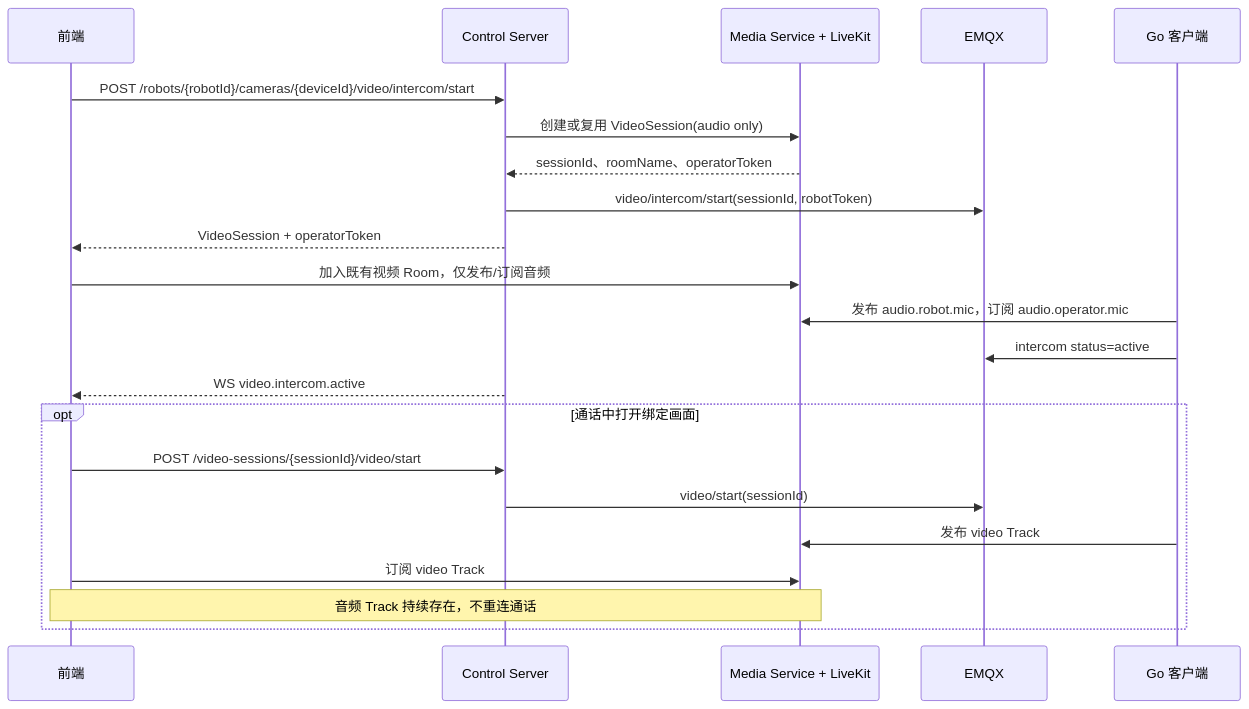
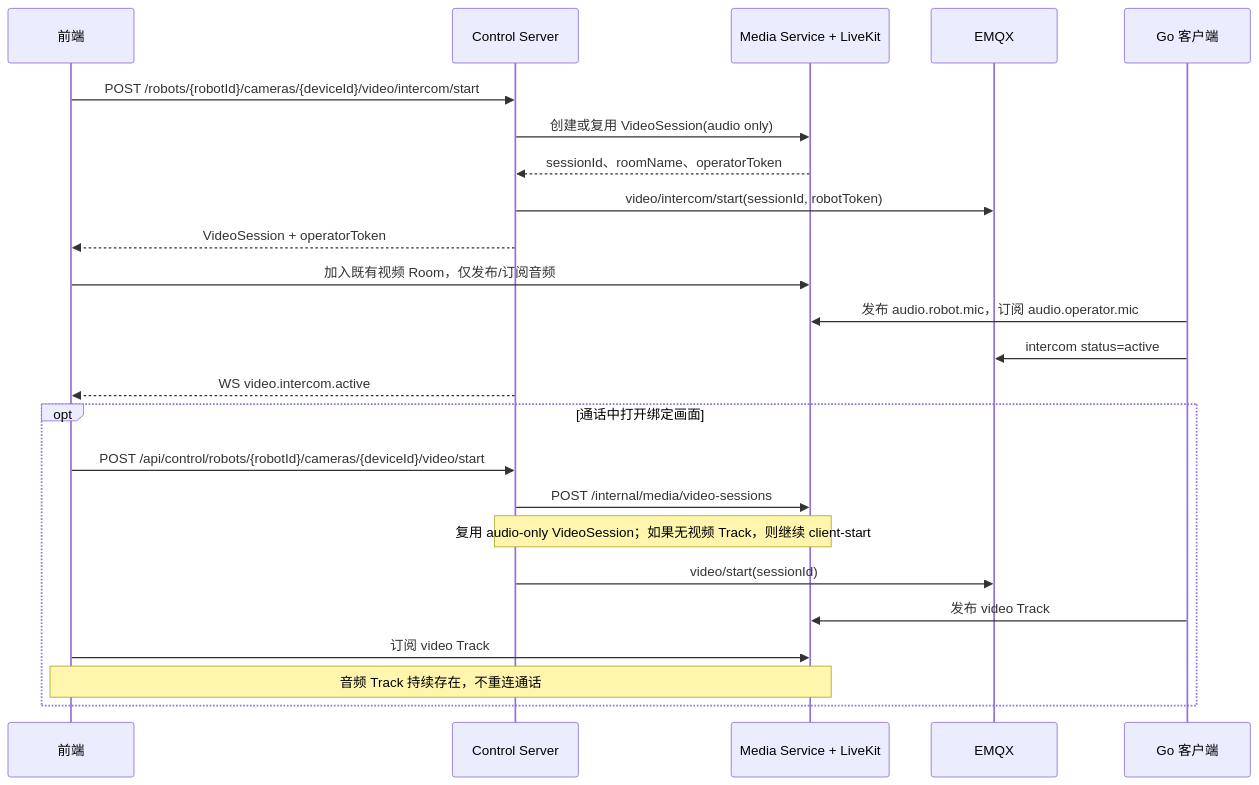
One commit to waleelay/robot changed the second of 2 diagrams in docs/实时视频绑定对讲设计.md. Above: the diagram before and after it, drawn with Mermaid. The commit also changed other lines of this file and 53 other files, not shown here.

````diff
--- a/docs/实时视频绑定对讲设计.md
+++ b/docs/实时视频绑定对讲设计.md
@@ -140,26 +140,28 @@
 ```mermaid
 sequenceDiagram
     participant FE as 前端
     participant CS as Control Server
     participant ML as Media Service + LiveKit
     participant MQ as EMQX
     participant GO as Go 客户端
 
     FE->>CS: POST /robots/{robotId}/cameras/{deviceId}/video/intercom/start
     CS->>ML: 创建或复用 VideoSession(audio only)
     ML-->>CS: sessionId、roomName、operatorToken
     CS->>MQ: video/intercom/start(sessionId, robotToken)
     CS-->>FE: VideoSession + operatorToken
     FE->>ML: 加入既有视频 Room，仅发布/订阅音频
     GO->>ML: 发布 audio.robot.mic，订阅 audio.operator.mic
     GO->>MQ: intercom status=active
     CS-->>FE: WS video.intercom.active
 
     opt 通话中打开绑定画面
-        FE->>CS: POST /video-sessions/{sessionId}/video/start
+        FE->>CS: POST /api/control/robots/{robotId}/cameras/{deviceId}/video/start
+        CS->>ML: POST /internal/media/video-sessions
+        Note over CS,ML: 复用 audio-only VideoSession；如果无视频 Track，则继续 client-start
         CS->>MQ: video/start(sessionId)
         GO->>ML: 发布 video Track
         FE->>ML: 订阅 video Track
         Note over FE,ML: 音频 Track 持续存在，不重连通话
     end
 ```
````
